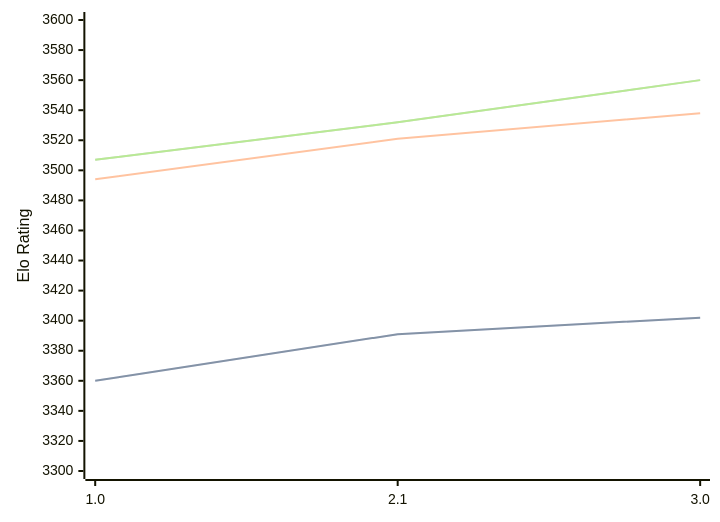
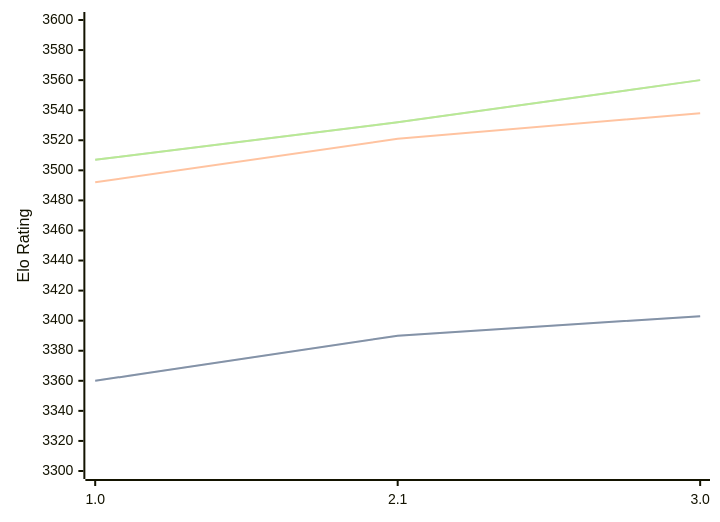
One commit to computer-chess-index/cci changed the diagram in engines/Hobbes.md. Above: the diagram before and after it, drawn with Mermaid. The commit also changed other lines of this file, not shown here.

````diff
--- a/engines/Hobbes.md
+++ b/engines/Hobbes.md
@@ -33,11 +33,11 @@
 ```mermaid
 %%{init: {"theme":"base","themeVariables":{"seriesColors:['#a3a3a3','#222221','#faa371']}}}%%
 xychart-beta
   x-axis ["1.0", "2.1", "3.0"]
   y-axis "Elo Rating" 3300 --> 3600
-  line "STC (8.0+0.08s)" [3360, 3391, 3402]
-  line "STC (8.0+0.08s)" [3360, 3391, 3402]
-  line "LTC (60.0+0.60s)" [3494, 3521, 3538]
+  line "STC (8.0+0.08s)" [3360, 3390, 3403]
+  line "STC (8.0+0.08s)" [3360, 3390, 3403]
+  line "LTC (60.0+0.60s)" [3492, 3521, 3538]
   line "VLTC (2m24s+1.12s)" [3507, 3532, 3560]
   line "VLTC (2m24s+1.12s)" [3507, 3532, 3560]
 ```
````
